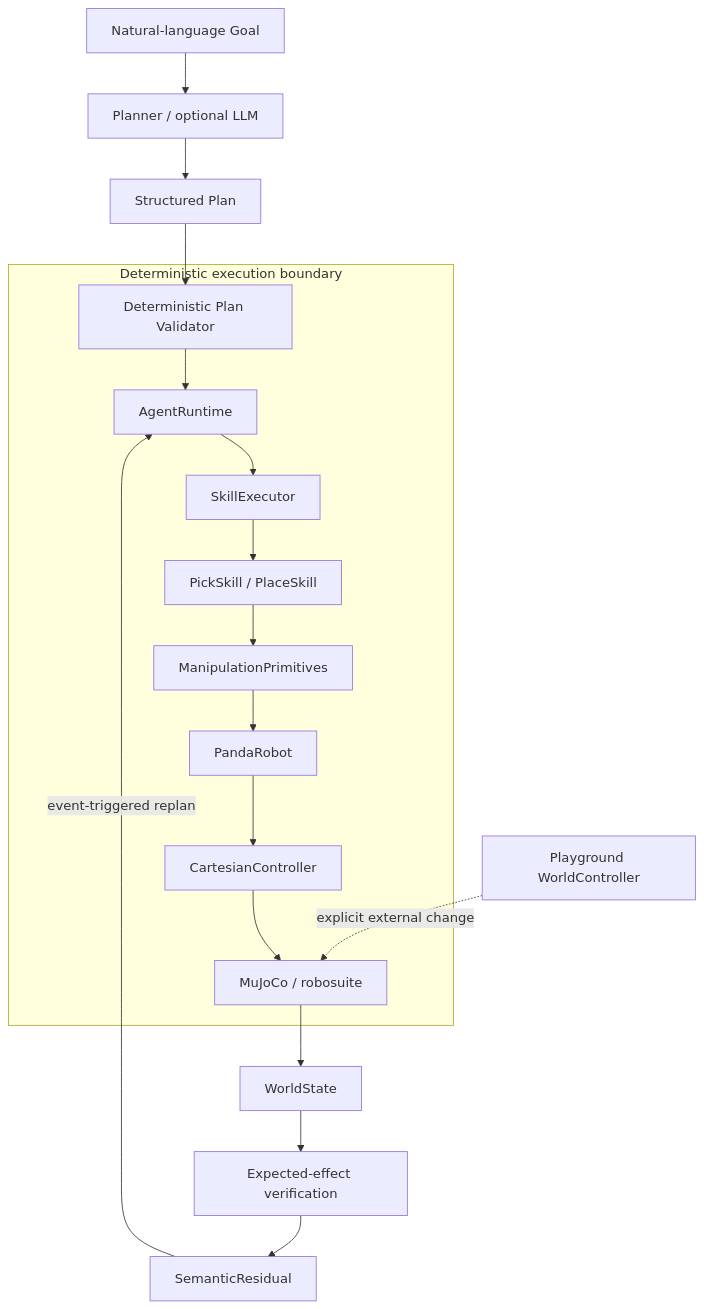
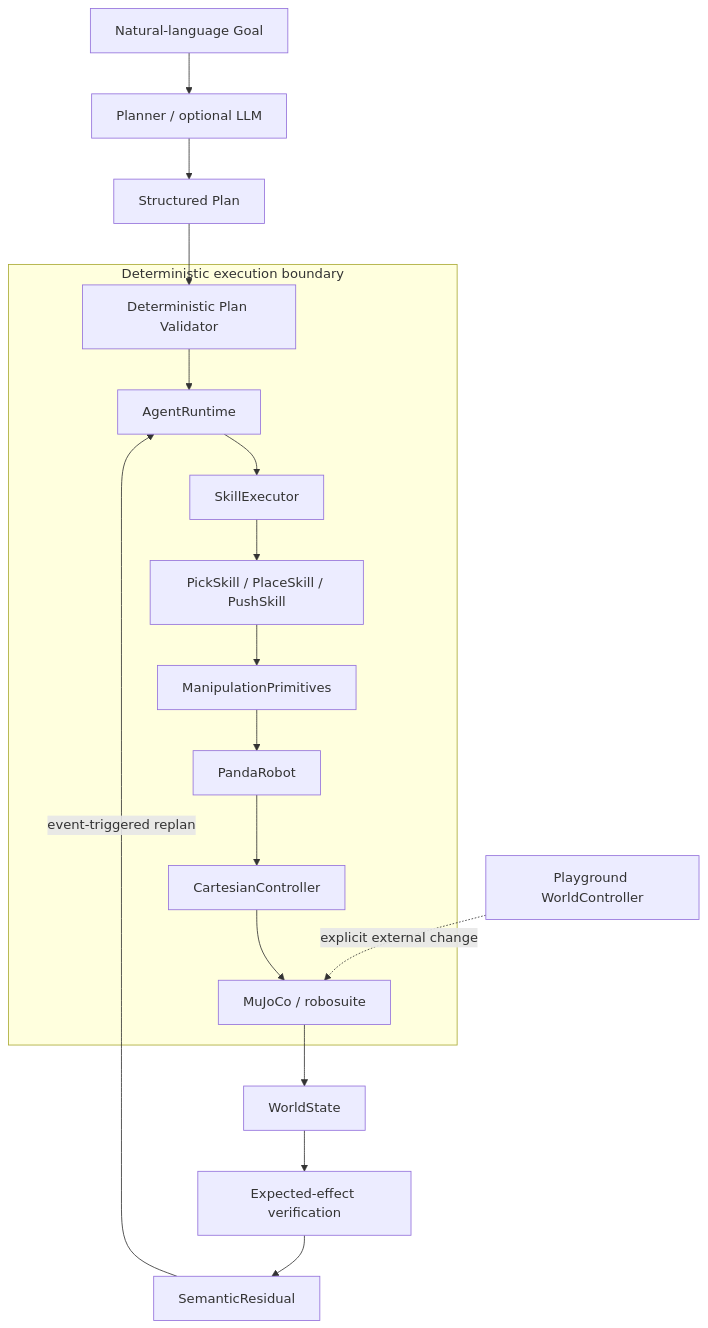
The diagram in README.md (Block-O2/semantic-manipulation-stack), drawn with Mermaid before and after one commit. The commit also changed other lines of this file and 32 other files, not shown here.

Commit message:
Add classical PushSkill capability

````diff
--- a/README.md
+++ b/README.md
@@ -29,23 +29,23 @@
 ```mermaid
 flowchart TD
     G["Natural-language Goal"] --> P["Planner / optional LLM"]
     P --> SP["Structured Plan"]
     SP --> V["Deterministic Plan Validator"]
 
     subgraph D["Deterministic execution boundary"]
         V --> A["AgentRuntime"]
         A --> E["SkillExecutor"]
-        E --> S["PickSkill / PlaceSkill"]
+        E --> S["PickSkill / PlaceSkill / PushSkill"]
         S --> M["ManipulationPrimitives"]
         M --> R["PandaRobot"]
         R --> C["CartesianController"]
         C --> SIM["MuJoCo / robosuite"]
     end
 
     SIM --> W["WorldState"]
     W --> X["Expected-effect verification"]
     X --> SR["SemanticResidual"]
     SR -->|"event-triggered replan"| A
 
     WC["Playground WorldController"] -. "explicit external change" .-> SIM
 ```
````
